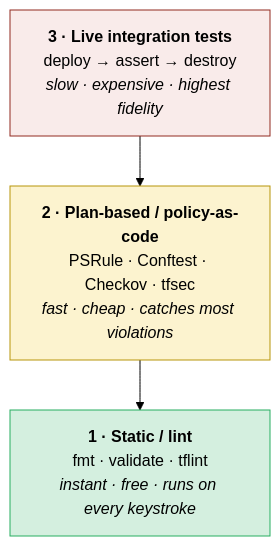
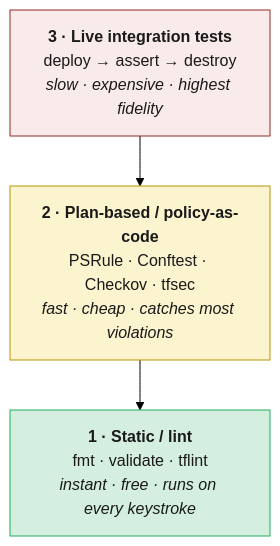
Before and after one commit to erjosito/alz-repo-best-practices: the diagram in docs/09-testing-and-policy.md, drawn with Mermaid (forest theme). The commit also changed other lines of this file and 12 other files, not shown here.

First line of the commit message:
Add glossary boxes, fix diagram readability, replace broken Diátaxis chart

````diff
--- a/docs/09-testing-and-policy.md
+++ b/docs/09-testing-and-policy.md
@@ -36,15 +47,15 @@
 ```mermaid
 flowchart TB
     L3["<b>3 · Live integration tests</b><br/>deploy → assert → destroy<br/><i>slow · expensive · highest fidelity</i>"]
     L2["<b>2 · Plan-based / policy-as-code</b><br/>PSRule · Conftest · Checkov · tfsec<br/><i>fast · cheap · catches most violations</i>"]
     L1["<b>1 · Static / lint</b><br/>fmt · validate · tflint<br/><i>instant · free · runs on every keystroke</i>"]
 
     L3 --> L2 --> L1
 
-    classDef l1 fill:#d4efdf,stroke:#27ae60
-    classDef l2 fill:#fcf3cf,stroke:#b7950b
-    classDef l3 fill:#f9ebea,stroke:#922b21
+    classDef l1 fill:#d4efdf,stroke:#27ae60,color:#1a1a1a
+    classDef l2 fill:#fcf3cf,stroke:#b7950b,color:#1a1a1a
+    classDef l3 fill:#f9ebea,stroke:#922b21,color:#1a1a1a
     class L1 l1
     class L2 l2
     class L3 l3
 ```
````
